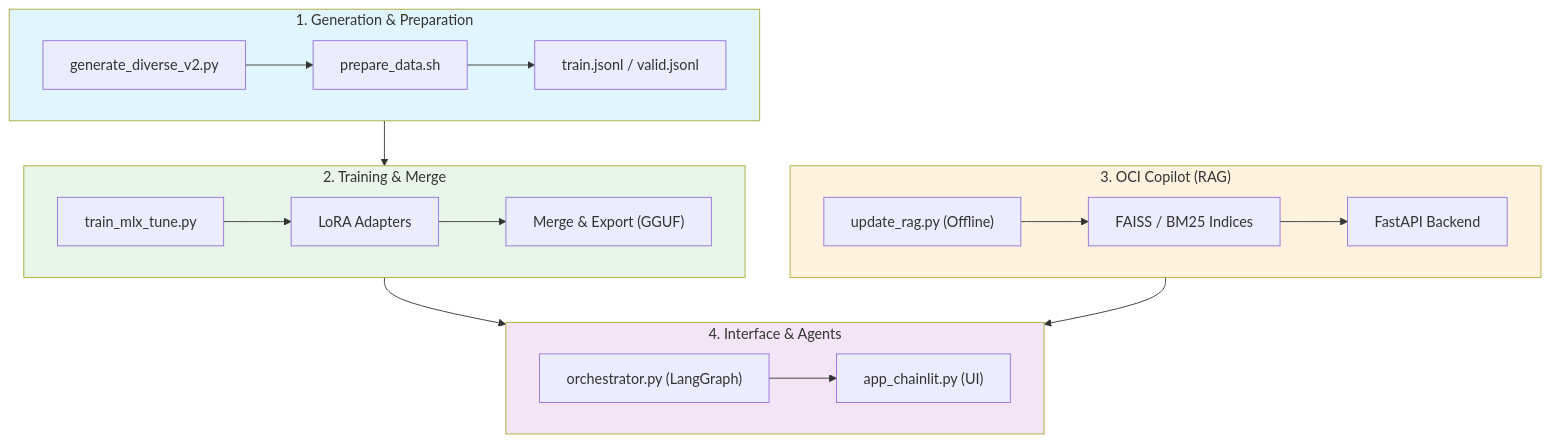
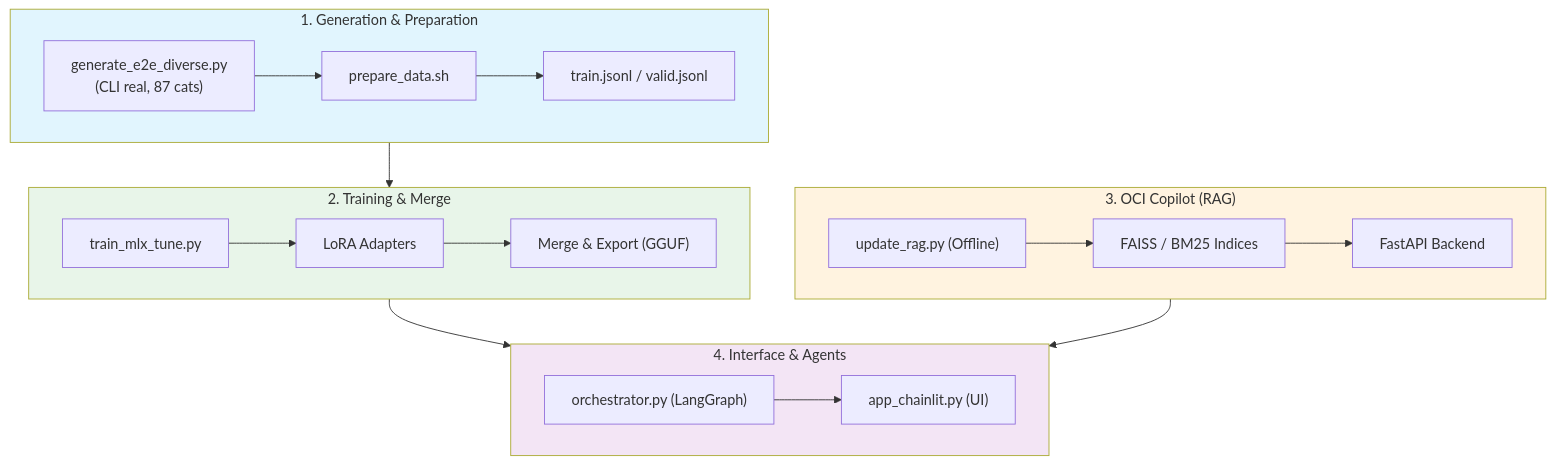
One commit to otavio-lemos/olia-2-oci changed the diagram in README.en-US.md. Above: the diagram before and after it, drawn with Mermaid. The commit also changed other lines of this file and 127 other files, not shown here.

First line of the commit message:
feat: upgrade dataset with generate_e2e_diverse.py (87 cats, 180 ex/cat, 10.299 deduped)

````diff
--- a/README.en-US.md
+++ b/README.en-US.md
@@ -47,30 +47,30 @@
 ```mermaid
 flowchart TD
     subgraph GENERATION["1. Generation & Preparation"]
-        A1["generate_diverse_v2.py"] --> A2["prepare_data.sh"]
+        A1["generate_e2e_diverse.py\n(CLI real, 87 cats)"] --> A2["prepare_data.sh"]
         A2 --> A3["train.jsonl / valid.jsonl"]
     end
 
     subgraph TRAINING["2. Training & Merge"]
         B1["train_mlx_tune.py"] --> B2["LoRA Adapters"]
         B2 --> B3["Merge & Export (GGUF)"]
     end
 
     subgraph RAG["3. OCI Copilot (RAG)"]
         C1["update_rag.py (Offline)"] --> C2["FAISS / BM25 Indices"]
         C2 --> C3["FastAPI Backend"]
     end
 
     subgraph UI["4. Interface & Agents"]
         D1["orchestrator.py (LangGraph)"] --> D2["app_chainlit.py (UI)"]
     end
 
     GENERATION --> TRAINING
     TRAINING --> UI
     RAG --> UI
 
     style GENERATION fill:#e1f5fe
     style TRAINING fill:#e8f5e9
     style RAG fill:#fff3e0
     style UI fill:#f3e5f5
 ```
````
